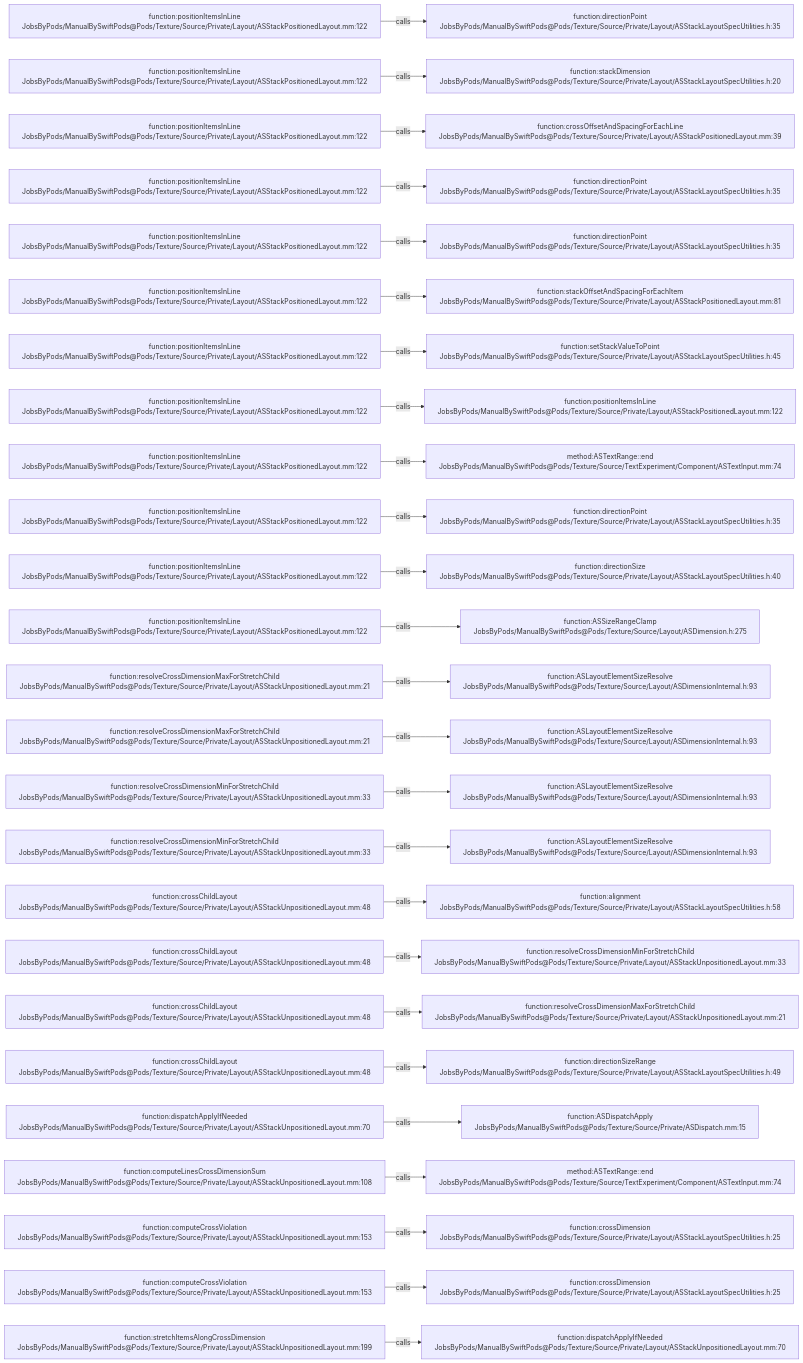
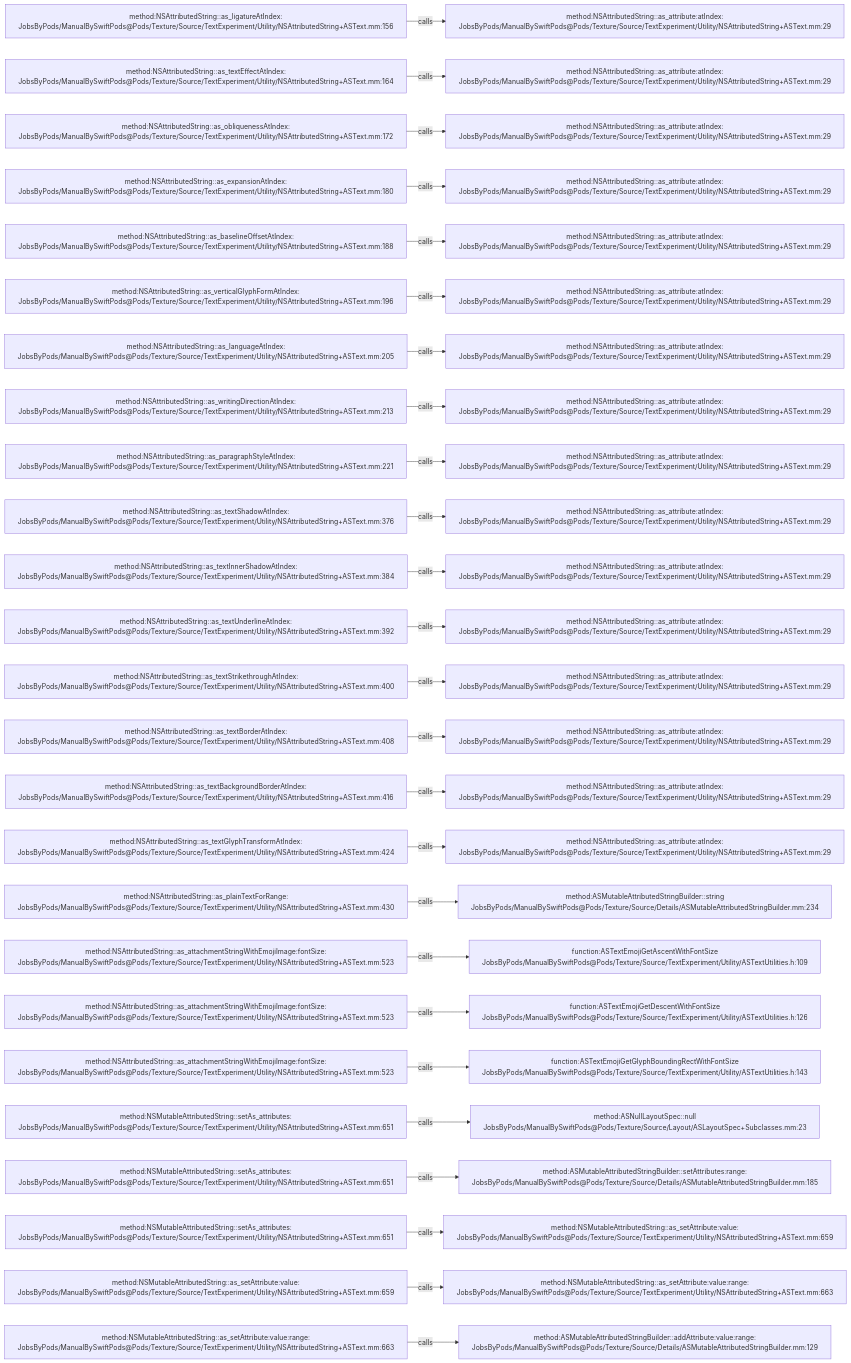
One commit to JobsKits/JobsSwiftBaseConfigDemo changed the diagram in .codegraph/codegraph.md/graphs/calls-143.md. Above: the diagram before and after it, drawn with Mermaid. The commit also changed 832 other files, not shown here.

````diff
--- a/.codegraph/codegraph.md/graphs/calls-143.md
+++ b/.codegraph/codegraph.md/graphs/calls-143.md
@@ -13,78 +13,78 @@
 ```mermaid
 flowchart LR
-  S1["function:positionItemsInLine<br/>JobsByPods/ManualBySwiftPods@Pods/Texture/Source/Private/Layout/ASStackPositionedLayout.mm:122"]
-  T1["function:directionPoint<br/>JobsByPods/ManualBySwiftPods@Pods/Texture/Source/Private/Layout/ASStackLayoutSpecUtilities.h:35"]
+  S1["method:NSAttributedString::as_ligatureAtIndex:<br/>JobsByPods/ManualBySwiftPods@Pods/Texture/Source/TextExperiment/Utility/NSAttributedString+ASText.mm:156"]
+  T1["method:NSAttributedString::as_attribute:atIndex:<br/>JobsByPods/ManualBySwiftPods@Pods/Texture/Source/TextExperiment/Utility/NSAttributedString+ASText.mm:29"]
   S1 -->|calls| T1
-  S2["function:positionItemsInLine<br/>JobsByPods/ManualBySwiftPods@Pods/Texture/Source/Private/Layout/ASStackPositionedLayout.mm:122"]
-  T2["function:stackDimension<br/>JobsByPods/ManualBySwiftPods@Pods/Texture/Source/Private/Layout/ASStackLayoutSpecUtilities.h:20"]
+  S2["method:NSAttributedString::as_textEffectAtIndex:<br/>JobsByPods/ManualBySwiftPods@Pods/Texture/Source/TextExperiment/Utility/NSAttributedString+ASText.mm:164"]
+  T2["method:NSAttributedString::as_attribute:atIndex:<br/>JobsByPods/ManualBySwiftPods@Pods/Texture/Source/TextExperiment/Utility/NSAttributedString+ASText.mm:29"]
   S2 -->|calls| T2
-  S3["function:positionItemsInLine<br/>JobsByPods/ManualBySwiftPods@Pods/Texture/Source/Private/Layout/ASStackPositionedLayout.mm:122"]
-  T3["function:crossOffsetAndSpacingForEachLine<br/>JobsByPods/ManualBySwiftPods@Pods/Texture/Source/Private/Layout/ASStackPositionedLayout.mm:39"]
+  S3["method:NSAttributedString::as_obliquenessAtIndex:<br/>JobsByPods/ManualBySwiftPods@Pods/Texture/Source/TextExperiment/Utility/NSAttributedString+ASText.mm:172"]
+  T3["method:NSAttributedString::as_attribute:atIndex:<br/>JobsByPods/ManualBySwiftPods@Pods/Texture/Source/TextExperiment/Utility/NSAttributedString+ASText.mm:29"]
   S3 -->|calls| T3
-  S4["function:positionItemsInLine<br/>JobsByPods/ManualBySwiftPods@Pods/Texture/Source/Private/Layout/ASStackPositionedLayout.mm:122"]
-  T4["function:directionPoint<br/>JobsByPods/ManualBySwiftPods@Pods/Texture/Source/Private/Layout/ASStackLayoutSpecUtilities.h:35"]
+  S4["method:NSAttributedString::as_expansionAtIndex:<br/>JobsByPods/ManualBySwiftPods@Pods/Texture/Source/TextExperiment/Utility/NSAttributedString+ASText.mm:180"]
+  T4["method:NSAttributedString::as_attribute:atIndex:<br/>JobsByPods/ManualBySwiftPods@Pods/Texture/Source/TextExperiment/Utility/NSAttributedString+ASText.mm:29"]
   S4 -->|calls| T4
-  S5["function:positionItemsInLine<br/>JobsByPods/ManualBySwiftPods@Pods/Texture/Source/Private/Layout/ASStackPositionedLayout.mm:122"]
-  T5["function:directionPoint<br/>JobsByPods/ManualBySwiftPods@Pods/Texture/Source/Private/Layout/ASStackLayoutSpecUtilities.h:35"]
+  S5["method:NSAttributedString::as_baselineOffsetAtIndex:<br/>JobsByPods/ManualBySwiftPods@Pods/Texture/Source/TextExperiment/Utility/NSAttributedString+ASText.mm:188"]
+  T5["method:NSAttributedString::as_attribute:atIndex:<br/>JobsByPods/ManualBySwiftPods@Pods/Texture/Source/TextExperiment/Utility/NSAttributedString+ASText.mm:29"]
   S5 -->|calls| T5
-  S6["function:positionItemsInLine<br/>JobsByPods/ManualBySwiftPods@Pods/Texture/Source/Private/Layout/ASStackPositionedLayout.mm:122"]
-  T6["function:stackOffsetAndSpacingForEachItem<br/>JobsByPods/ManualBySwiftPods@Pods/Texture/Source/Private/Layout/ASStackPositionedLayout.mm:81"]
+  S6["method:NSAttributedString::as_verticalGlyphFormAtIndex:<br/>JobsByPods/ManualBySwiftPods@Pods/Texture/Source/TextExperiment/Utility/NSAttributedString+ASText.mm:196"]
+  T6["method:NSAttributedString::as_attribute:atIndex:<br/>JobsByPods/ManualBySwiftPods@Pods/Texture/Source/TextExperiment/Utility/NSAttributedString+ASText.mm:29"]
   S6 -->|calls| T6
-  S7["function:positionItemsInLine<br/>JobsByPods/ManualBySwiftPods@Pods/Texture/Source/Private/Layout/ASStackPositionedLayout.mm:122"]
-  T7["function:setStackValueToPoint<br/>JobsByPods/ManualBySwiftPods@Pods/Texture/Source/Private/Layout/ASStackLayoutSpecUtilities.h:45"]
+  S7["method:NSAttributedString::as_languageAtIndex:<br/>JobsByPods/ManualBySwiftPods@Pods/Texture/Source/TextExperiment/Utility/NSAttributedString+ASText.mm:205"]
+  T7["method:NSAttributedString::as_attribute:atIndex:<br/>JobsByPods/ManualBySwiftPods@Pods/Texture/Source/TextExperiment/Utility/NSAttributedString+ASText.mm:29"]
   S7 -->|calls| T7
-  S8["function:positionItemsInLine<br/>JobsByPods/ManualBySwiftPods@Pods/Texture/Source/Private/Layout/ASStackPositionedLayout.mm:122"]
-  T8["function:positionItemsInLine<br/>JobsByPods/ManualBySwiftPods@Pods/Texture/Source/Private/Layout/ASStackPositionedLayout.mm:122"]
+  S8["method:NSAttributedString::as_writingDirectionAtIndex:<br/>JobsByPods/ManualBySwiftPods@Pods/Texture/Source/TextExperiment/Utility/NSAttributedString+ASText.mm:213"]
+  T8["method:NSAttributedString::as_attribute:atIndex:<br/>JobsByPods/ManualBySwiftPods@Pods/Texture/Source/TextExperiment/Utility/NSAttributedString+ASText.mm:29"]
   S8 -->|calls| T8
-  S9["function:positionItemsInLine<br/>JobsByPods/ManualBySwiftPods@Pods/Texture/Source/Private/Layout/ASStackPositionedLayout.mm:122"]
-  T9["method:ASTextRange::end<br/>JobsByPods/ManualBySwiftPods@Pods/Texture/Source/TextExperiment/Component/ASTextInput.mm:74"]
+  S9["method:NSAttributedString::as_paragraphStyleAtIndex:<br/>JobsByPods/ManualBySwiftPods@Pods/Texture/Source/TextExperiment/Utility/NSAttributedString+ASText.mm:221"]
+  T9["method:NSAttributedString::as_attribute:atIndex:<br/>JobsByPods/ManualBySwiftPods@Pods/Texture/Source/TextExperiment/Utility/NSAttributedString+ASText.mm:29"]
   S9 -->|calls| T9
-  S10["function:positionItemsInLine<br/>JobsByPods/ManualBySwiftPods@Pods/Texture/Source/Private/Layout/ASStackPositionedLayout.mm:122"]
-  T10["function:directionPoint<br/>JobsByPods/ManualBySwiftPods@Pods/Texture/Source/Private/Layout/ASStackLayoutSpecUtilities.h:35"]
+  S10["method:NSAttributedString::as_textShadowAtIndex:<br/>JobsByPods/ManualBySwiftPods@Pods/Texture/Source/TextExperiment/Utility/NSAttributedString+ASText.mm:376"]
+  T10["method:NSAttributedString::as_attribute:atIndex:<br/>JobsByPods/ManualBySwiftPods@Pods/Texture/Source/TextExperiment/Utility/NSAttributedString+ASText.mm:29"]
   S10 -->|calls| T10
-  S11["function:positionItemsInLine<br/>JobsByPods/ManualBySwiftPods@Pods/Texture/Source/Private/Layout/ASStackPositionedLayout.mm:122"]
-  T11["function:directionSize<br/>JobsByPods/ManualBySwiftPods@Pods/Texture/Source/Private/Layout/ASStackLayoutSpecUtilities.h:40"]
+  S11["method:NSAttributedString::as_textInnerShadowAtIndex:<br/>JobsByPods/ManualBySwiftPods@Pods/Texture/Source/TextExperiment/Utility/NSAttributedString+ASText.mm:384"]
+  T11["method:NSAttributedString::as_attribute:atIndex:<br/>JobsByPods/ManualBySwiftPods@Pods/Texture/Source/TextExperiment/Utility/NSAttributedString+ASText.mm:29"]
   S11 -->|calls| T11
-  S12["function:positionItemsInLine<br/>JobsByPods/ManualBySwiftPods@Pods/Texture/Source/Private/Layout/ASStackPositionedLayout.mm:122"]
-  T12["function:ASSizeRangeClamp<br/>JobsByPods/ManualBySwiftPods@Pods/Texture/Source/Layout/ASDimension.h:275"]
+  S12["method:NSAttributedString::as_textUnderlineAtIndex:<br/>JobsByPods/ManualBySwiftPods@Pods/Texture/Source/TextExperiment/Utility/NSAttributedString+ASText.mm:392"]
+  T12["method:NSAttributedString::as_attribute:atIndex:<br/>JobsByPods/ManualBySwiftPods@Pods/Texture/Source/TextExperiment/Utility/NSAttributedString+ASText.mm:29"]
   S12 -->|calls| T12
-  S13["function:resolveCrossDimensionMaxForStretchChild<br/>JobsByPods/ManualBySwiftPods@Pods/Texture/Source/Private/Layout/ASStackUnpositionedLayout.mm:21"]
-  T13["function:ASLayoutElementSizeResolve<br/>JobsByPods/ManualBySwiftPods@Pods/Texture/Source/Layout/ASDimensionInternal.h:93"]
+  S13["method:NSAttributedString::as_textStrikethroughAtIndex:<br/>JobsByPods/ManualBySwiftPods@Pods/Texture/Source/TextExperiment/Utility/NSAttributedString+ASText.mm:400"]
+  T13["method:NSAttributedString::as_attribute:atIndex:<br/>JobsByPods/ManualBySwiftPods@Pods/Texture/Source/TextExperiment/Utility/NSAttributedString+ASText.mm:29"]
   S13 -->|calls| T13
-  S14["function:resolveCrossDimensionMaxForStretchChild<br/>JobsByPods/ManualBySwiftPods@Pods/Texture/Source/Private/Layout/ASStackUnpositionedLayout.mm:21"]
-  T14["function:ASLayoutElementSizeResolve<br/>JobsByPods/ManualBySwiftPods@Pods/Texture/Source/Layout/ASDimensionInternal.h:93"]
+  S14["method:NSAttributedString::as_textBorderAtIndex:<br/>JobsByPods/ManualBySwiftPods@Pods/Texture/Source/TextExperiment/Utility/NSAttributedString+ASText.mm:408"]
+  T14["method:NSAttributedString::as_attribute:atIndex:<br/>JobsByPods/ManualBySwiftPods@Pods/Texture/Source/TextExperiment/Utility/NSAttributedString+ASText.mm:29"]
   S14 -->|calls| T14
-  S15["function:resolveCrossDimensionMinForStretchChild<br/>JobsByPods/ManualBySwiftPods@Pods/Texture/Source/Private/Layout/ASStackUnpositionedLayout.mm:33"]
-  T15["function:ASLayoutElementSizeResolve<br/>JobsByPods/ManualBySwiftPods@Pods/Texture/Source/Layout/ASDimensionInternal.h:93"]
+  S15["method:NSAttributedString::as_textBackgroundBorderAtIndex:<br/>JobsByPods/ManualBySwiftPods@Pods/Texture/Source/TextExperiment/Utility/NSAttributedString+ASText.mm:416"]
+  T15["method:NSAttributedString::as_attribute:atIndex:<br/>JobsByPods/ManualBySwiftPods@Pods/Texture/Source/TextExperiment/Utility/NSAttributedString+ASText.mm:29"]
   S15 -->|calls| T15
-  S16["function:resolveCrossDimensionMinForStretchChild<br/>JobsByPods/ManualBySwiftPods@Pods/Texture/Source/Private/Layout/ASStackUnpositionedLayout.mm:33"]
-  T16["function:ASLayoutElementSizeResolve<br/>JobsByPods/ManualBySwiftPods@Pods/Texture/Source/Layout/ASDimensionInternal.h:93"]
+  S16["method:NSAttributedString::as_textGlyphTransformAtIndex:<br/>JobsByPods/ManualBySwiftPods@Pods/Texture/Source/TextExperiment/Utility/NSAttributedString+ASText.mm:424"]
+  T16["method:NSAttributedString::as_attribute:atIndex:<br/>JobsByPods/ManualBySwiftPods@Pods/Texture/Source/TextExperiment/Utility/NSAttributedString+ASText.mm:29"]
   S16 -->|calls| T16
-  S17["function:crossChildLayout<br/>JobsByPods/ManualBySwiftPods@Pods/Texture/Source/Private/Layout/ASStackUnpositionedLayout.mm:48"]
-  T17["function:alignment<br/>JobsByPods/ManualBySwiftPods@Pods/Texture/Source/Private/Layout/ASStackLayoutSpecUtilities.h:58"]
+  S17["method:NSAttributedString::as_plainTextForRange:<br/>JobsByPods/ManualBySwiftPods@Pods/Texture/Source/TextExperiment/Utility/NSAttributedString+ASText.mm:430"]
+  T17["method:ASMutableAttributedStringBuilder::string<br/>JobsByPods/ManualBySwiftPods@Pods/Texture/Source/Details/ASMutableAttributedStringBuilder.mm:234"]
   S17 -->|calls| T17
-  S18["function:crossChildLayout<br/>JobsByPods/ManualBySwiftPods@Pods/Texture/Source/Private/Layout/ASStackUnpositionedLayout.mm:48"]
-  T18["function:resolveCrossDimensionMinForStretchChild<br/>JobsByPods/ManualBySwiftPods@Pods/Texture/Source/Private/Layout/ASStackUnpositionedLayout.mm:33"]
+  S18["method:NSAttributedString::as_attachmentStringWithEmojiImage:fontSize:<br/>JobsByPods/ManualBySwiftPods@Pods/Texture/Source/TextExperiment/Utility/NSAttributedString+ASText.mm:523"]
+  T18["function:ASTextEmojiGetAscentWithFontSize<br/>JobsByPods/ManualBySwiftPods@Pods/Texture/Source/TextExperiment/Utility/ASTextUtilities.h:109"]
   S18 -->|calls| T18
-  S19["function:crossChildLayout<br/>JobsByPods/ManualBySwiftPods@Pods/Texture/Source/Private/Layout/ASStackUnpositionedLayout.mm:48"]
-  T19["function:resolveCrossDimensionMaxForStretchChild<br/>JobsByPods/ManualBySwiftPods@Pods/Texture/Source/Private/Layout/ASStackUnpositionedLayout.mm:21"]
+  S19["method:NSAttributedString::as_attachmentStringWithEmojiImage:fontSize:<br/>JobsByPods/ManualBySwiftPods@Pods/Texture/Source/TextExperiment/Utility/NSAttributedString+ASText.mm:523"]
+  T19["function:ASTextEmojiGetDescentWithFontSize<br/>JobsByPods/ManualBySwiftPods@Pods/Texture/Source/TextExperiment/Utility/ASTextUtilities.h:126"]
   S19 -->|calls| T19
-  S20["function:crossChildLayout<br/>JobsByPods/ManualBySwiftPods@Pods/Texture/Source/Private/Layout/ASStackUnpositionedLayout.mm:48"]
-  T20["function:directionSizeRange<br/>JobsByPods/ManualBySwiftPods@Pods/Texture/Source/Private/Layout/ASStackLayoutSpecUtilities.h:49"]
+  S20["method:NSAttributedString::as_attachmentStringWithEmojiImage:fontSize:<br/>JobsByPods/ManualBySwiftPods@Pods/Texture/Source/TextExperiment/Utility/NSAttributedString+ASText.mm:523"]
+  T20["function:ASTextEmojiGetGlyphBoundingRectWithFontSize<br/>JobsByPods/ManualBySwiftPods@Pods/Texture/Source/TextExperiment/Utility/ASTextUtilities.h:143"]
   S20 -->|calls| T20
-  S21["function:dispatchApplyIfNeeded<br/>JobsByPods/ManualBySwiftPods@Pods/Texture/Source/Private/Layout/ASStackUnpositionedLayout.mm:70"]
-  T21["function:ASDispatchApply<br/>JobsByPods/ManualBySwiftPods@Pods/Texture/Source/Private/ASDispatch.mm:15"]
+  S21["method:NSMutableAttributedString::setAs_attributes:<br/>JobsByPods/ManualBySwiftPods@Pods/Texture/Source/TextExperiment/Utility/NSAttributedString+ASText.mm:651"]
+  T21["method:ASNullLayoutSpec::null<br/>JobsByPods/ManualBySwiftPods@Pods/Texture/Source/Layout/ASLayoutSpec+Subclasses.mm:23"]
   S21 -->|calls| T21
-  S22["function:computeLinesCrossDimensionSum<br/>JobsByPods/ManualBySwiftPods@Pods/Texture/Source/Private/Layout/ASStackUnpositionedLayout.mm:108"]
-  T22["method:ASTextRange::end<br/>JobsByPods/ManualBySwiftPods@Pods/Texture/Source/TextExperiment/Component/ASTextInput.mm:74"]
+  S22["method:NSMutableAttributedString::setAs_attributes:<br/>JobsByPods/ManualBySwiftPods@Pods/Texture/Source/TextExperiment/Utility/NSAttributedString+ASText.mm:651"]
+  T22["method:ASMutableAttributedStringBuilder::setAttributes:range:<br/>JobsByPods/ManualBySwiftPods@Pods/Texture/Source/Details/ASMutableAttributedStringBuilder.mm:185"]
   S22 -->|calls| T22
-  S23["function:computeCrossViolation<br/>JobsByPods/ManualBySwiftPods@Pods/Texture/Source/Private/Layout/ASStackUnpositionedLayout.mm:153"]
-  T23["function:crossDimension<br/>JobsByPods/ManualBySwiftPods@Pods/Texture/Source/Private/Layout/ASStackLayoutSpecUtilities.h:25"]
+  S23["method:NSMutableAttributedString::setAs_attributes:<br/>JobsByPods/ManualBySwiftPods@Pods/Texture/Source/TextExperiment/Utility/NSAttributedString+ASText.mm:651"]
+  T23["method:NSMutableAttributedString::as_setAttribute:value:<br/>JobsByPods/ManualBySwiftPods@Pods/Texture/Source/TextExperiment/Utility/NSAttributedString+ASText.mm:659"]
   S23 -->|calls| T23
-  S24["function:computeCrossViolation<br/>JobsByPods/ManualBySwiftPods@Pods/Texture/Source/Private/Layout/ASStackUnpositionedLayout.mm:153"]
-  T24["function:crossDimension<br/>JobsByPods/ManualBySwiftPods@Pods/Texture/Source/Private/Layout/ASStackLayoutSpecUtilities.h:25"]
+  S24["method:NSMutableAttributedString::as_setAttribute:value:<br/>JobsByPods/ManualBySwiftPods@Pods/Texture/Source/TextExperiment/Utility/NSAttributedString+ASText.mm:659"]
+  T24["method:NSMutableAttributedString::as_setAttribute:value:range:<br/>JobsByPods/ManualBySwiftPods@Pods/Texture/Source/TextExperiment/Utility/NSAttributedString+ASText.mm:663"]
   S24 -->|calls| T24
-  S25["function:stretchItemsAlongCrossDimension<br/>JobsByPods/ManualBySwiftPods@Pods/Texture/Source/Private/Layout/ASStackUnpositionedLayout.mm:199"]
-  T25["function:dispatchApplyIfNeeded<br/>JobsByPods/ManualBySwiftPods@Pods/Texture/Source/Private/Layout/ASStackUnpositionedLayout.mm:70"]
+  S25["method:NSMutableAttributedString::as_setAttribute:value:range:<br/>JobsByPods/ManualBySwiftPods@Pods/Texture/Source/TextExperiment/Utility/NSAttributedString+ASText.mm:663"]
+  T25["method:ASMutableAttributedStringBuilder::addAttribute:value:range:<br/>JobsByPods/ManualBySwiftPods@Pods/Texture/Source/Details/ASMutableAttributedStringBuilder.mm:129"]
   S25 -->|calls| T25
 ```
````
